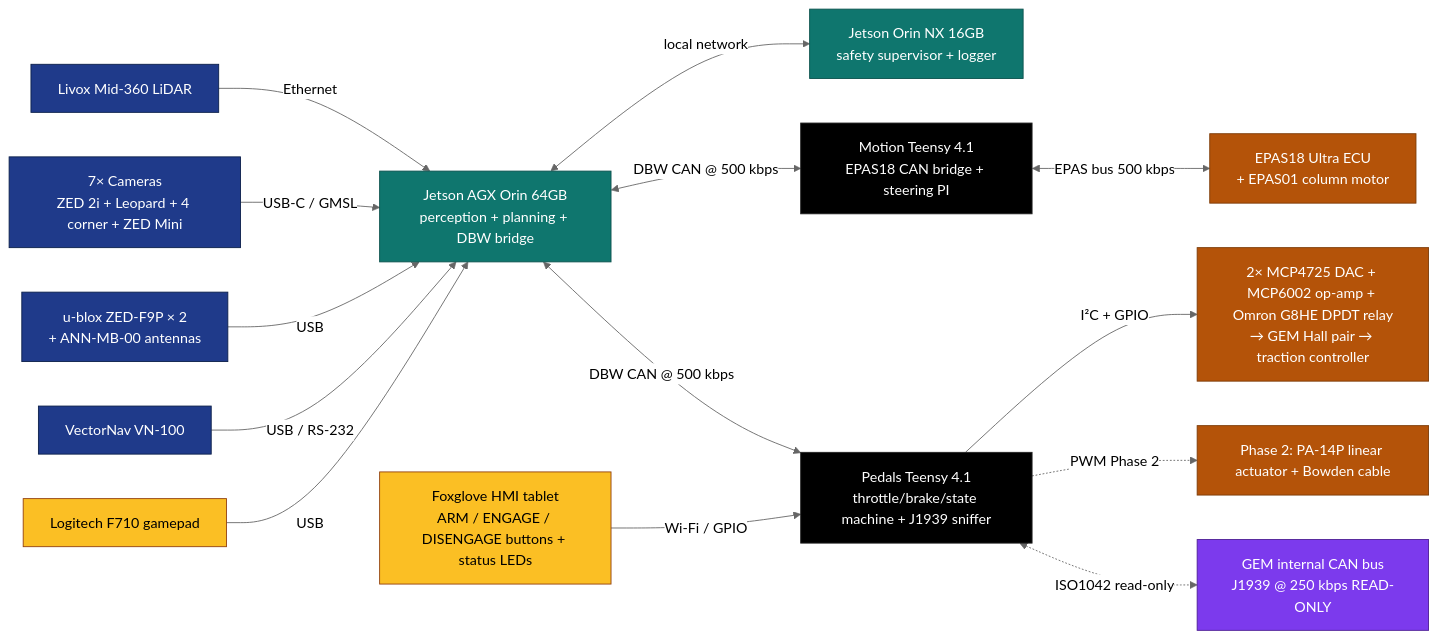
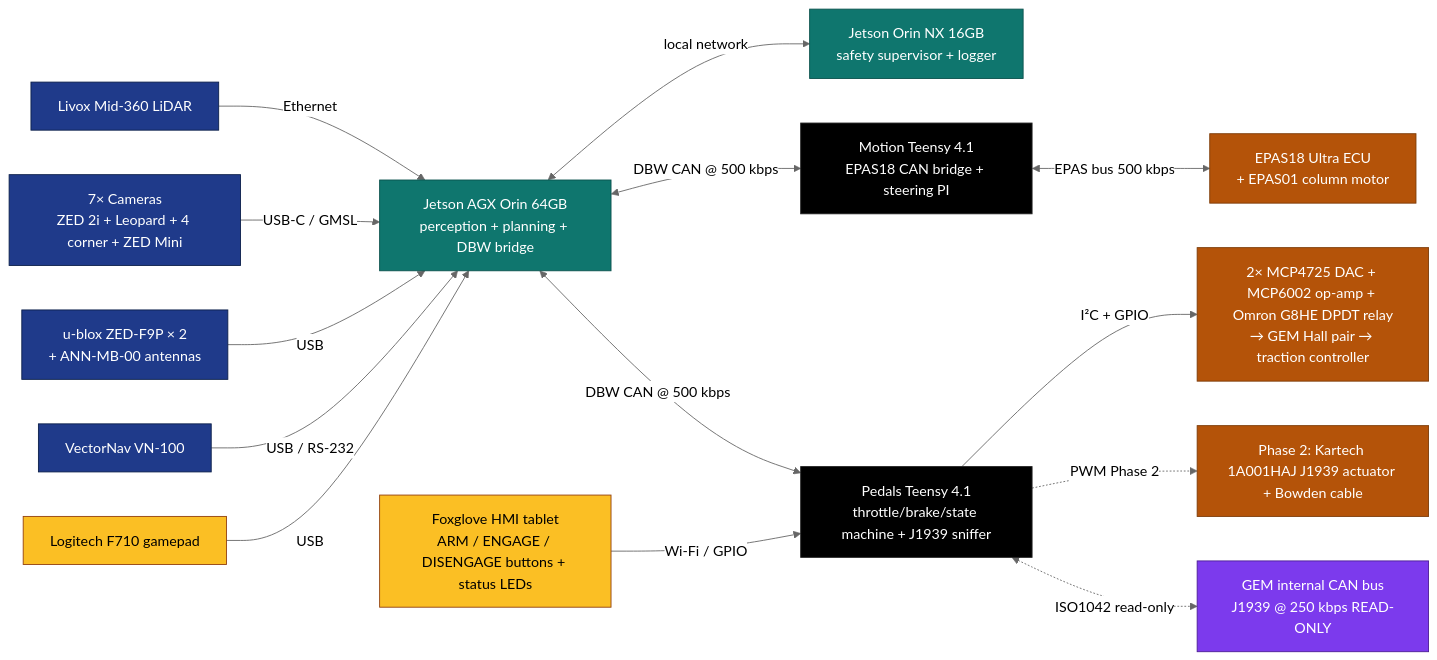
Before and after one commit to AnikS22/golf-cart-code: the first of 6 diagrams in Hardware/WIRING_DIAGRAM.md, drawn with Mermaid (neutral theme). The commit also changed other lines of this file and 7 other files, not shown here.

First line of the commit message:
Docs: strike all BTS7960 + PA-14P refs; Kartech 1A001HAJ is the brake

````diff
--- a/Hardware/WIRING_DIAGRAM.md
+++ b/Hardware/WIRING_DIAGRAM.md
@@ -9,45 +9,45 @@
 ```mermaid
 flowchart LR
   classDef sensor   fill:#1f3a8a,stroke:#0b1f4a,color:#fff
   classDef autonomy fill:#0f766e,stroke:#0b524d,color:#fff
   classDef mcu      fill:#000,stroke:#222,color:#fff
   classDef actuator fill:#b45309,stroke:#7c3a06,color:#fff
   classDef vehicle  fill:#7c3aed,stroke:#4c1d95,color:#fff
   classDef hmi      fill:#fbbf24,stroke:#92400e,color:#000
 
   Lidar[Livox Mid-360 LiDAR]:::sensor
   Cams["7× Cameras<br/>ZED 2i + Leopard + 4 corner + ZED Mini"]:::sensor
   GNSS[u-blox ZED-F9P × 2<br/>+ ANN-MB-00 antennas]:::sensor
   IMU[VectorNav VN-100]:::sensor
 
   Jetson[Jetson AGX Orin 64GB<br/>perception + planning + DBW bridge]:::autonomy
   Safety[Jetson Orin NX 16GB<br/>safety supervisor + logger]:::autonomy
   Foxglove[Foxglove HMI tablet<br/>ARM / ENGAGE / DISENGAGE buttons + status LEDs]:::hmi
   Gamepad[Logitech F710 gamepad]:::hmi
 
   MotionT[Motion Teensy 4.1<br/>EPAS18 CAN bridge + steering PI]:::mcu
   PedalsT[Pedals Teensy 4.1<br/>throttle/brake/state machine + J1939 sniffer]:::mcu
 
   EPAS[EPAS18 Ultra ECU<br/>+ EPAS01 column motor]:::actuator
   Throttle[2× MCP4725 DAC + MCP6002 op-amp + Omron G8HE DPDT relay<br/>→ GEM Hall pair → traction controller]:::actuator
-  Brake[Phase 2: PA-14P linear actuator + Bowden cable]:::actuator
+  Brake[Phase 2: Kartech 1A001HAJ J1939 actuator + Bowden cable]:::actuator
 
   GEMCAN[GEM internal CAN bus<br/>J1939 @ 250 kbps READ-ONLY]:::vehicle
 
   Lidar  -->|Ethernet| Jetson
   Cams   -->|USB-C / GMSL| Jetson
   GNSS   -->|USB| Jetson
   IMU    -->|USB / RS-232| Jetson
 
   Jetson <-->|DBW CAN @ 500 kbps| MotionT
   Jetson <-->|DBW CAN @ 500 kbps| PedalsT
   MotionT <-->|EPAS bus 500 kbps| EPAS
   PedalsT -->|I²C + GPIO| Throttle
   PedalsT -.->|PWM Phase 2| Brake
   PedalsT <-.->|ISO1042 read-only| GEMCAN
 
   Gamepad -->|USB| Jetson
   Foxglove -->|Wi-Fi / GPIO| PedalsT
 
   Jetson <-->|local network| Safety
 ```
````
